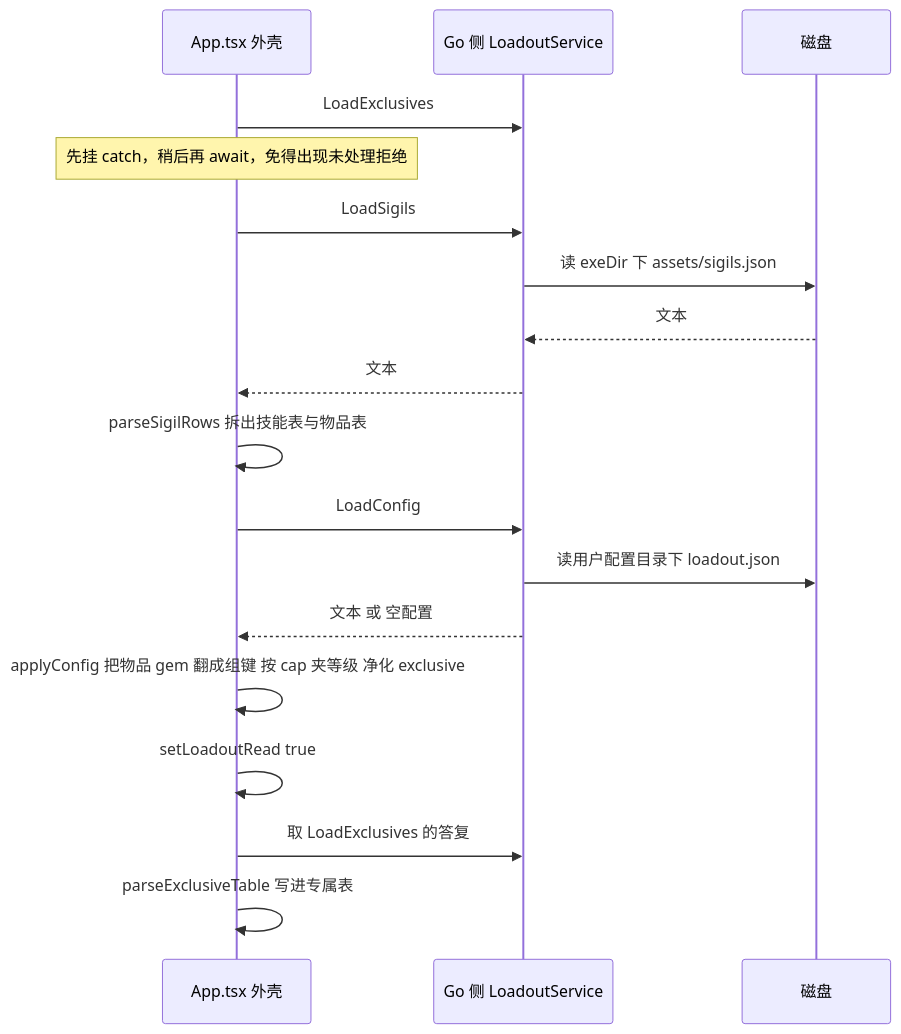
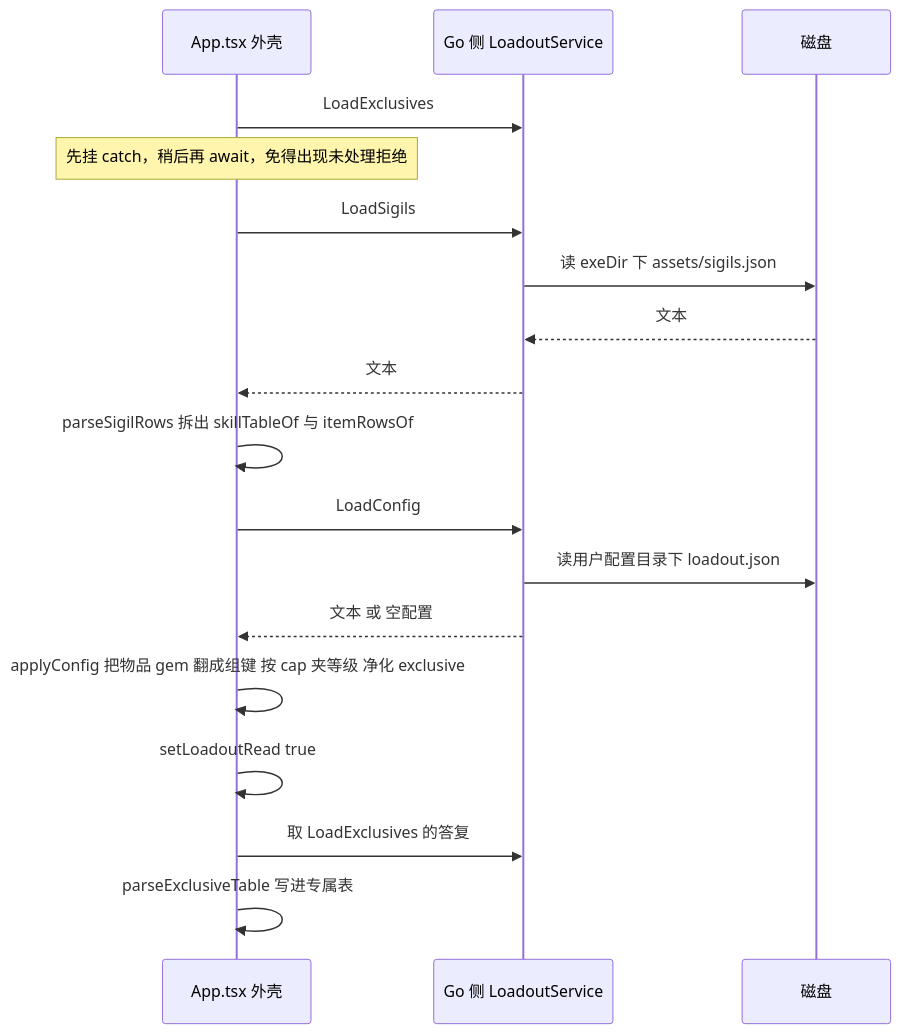
Before and after one commit to baagod/GBFR-Sigil-Loadout: the second of 5 diagrams in openwiki/architecture/visual-tool-frontend.md, drawn with Mermaid. The commit also changed other lines of this file and 38 other files, not shown here.

````diff
--- a/openwiki/architecture/visual-tool-frontend.md
+++ b/openwiki/architecture/visual-tool-frontend.md
@@ -139,20 +143,20 @@
 ```mermaid
 sequenceDiagram
     participant App as App.tsx 外壳
     participant Go as Go 侧 LoadoutService
     participant Disk as 磁盘
     App->>Go: LoadExclusives
     Note over App: 先挂 catch，稍后再 await，免得出现未处理拒绝
     App->>Go: LoadSigils
     Go->>Disk: 读 exeDir 下 assets/sigils.json
     Disk-->>Go: 文本
     Go-->>App: 文本
-    App->>App: parseSigilRows 拆出技能表与物品表
+    App->>App: parseSigilRows 拆出 skillTableOf 与 itemRowsOf
     App->>Go: LoadConfig
     Go->>Disk: 读用户配置目录下 loadout.json
     Go-->>App: 文本 或 空配置
     App->>App: applyConfig 把物品 gem 翻成组键 按 cap 夹等级 净化 exclusive
     App->>App: setLoadoutRead true
     App->>Go: 取 LoadExclusives 的答复
     App->>App: parseExclusiveTable 写进专属表
 ```
````
